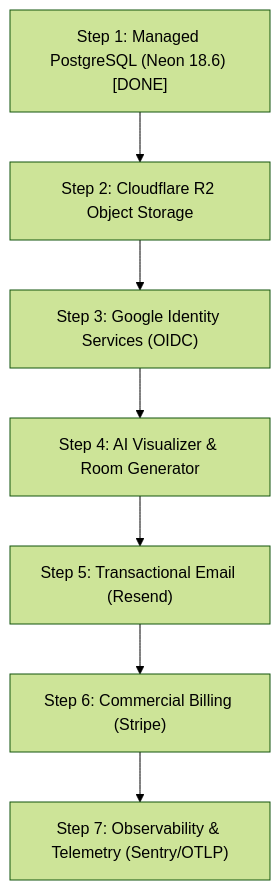
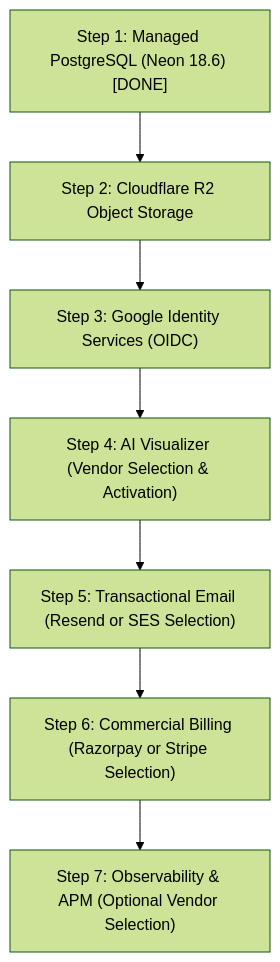
The diagram in docs/FINAL_PROVIDER_ACTIVATION_SEQUENCE.md (mani1715/Interior), drawn with Mermaid (forest theme) before and after one commit. The commit also changed other lines of this file and 14 other files, not shown here.

````diff
--- a/docs/FINAL_PROVIDER_ACTIVATION_SEQUENCE.md
+++ b/docs/FINAL_PROVIDER_ACTIVATION_SEQUENCE.md
@@ -6,9 +6,9 @@
 ```mermaid
 flowchart TD
     Step1["Step 1: Managed PostgreSQL (Neon 18.6) [DONE]"] --> Step2["Step 2: Cloudflare R2 Object Storage"]
     Step2 --> Step3["Step 3: Google Identity Services (OIDC)"]
-    Step3 --> Step4["Step 4: AI Visualizer & Room Generator"]
-    Step4 --> Step5["Step 5: Transactional Email (Resend)"]
-    Step5 --> Step6["Step 6: Commercial Billing (Stripe)"]
-    Step6 --> Step7["Step 7: Observability & Telemetry (Sentry/OTLP)"]
+    Step3 --> Step4["Step 4: AI Visualizer (Vendor Selection & Activation)"]
+    Step4 --> Step5["Step 5: Transactional Email (Resend or SES Selection)"]
+    Step5 --> Step6["Step 6: Commercial Billing (Razorpay or Stripe Selection)"]
+    Step6 --> Step7["Step 7: Observability & APM (Optional Vendor Selection)"]
 ```
````
